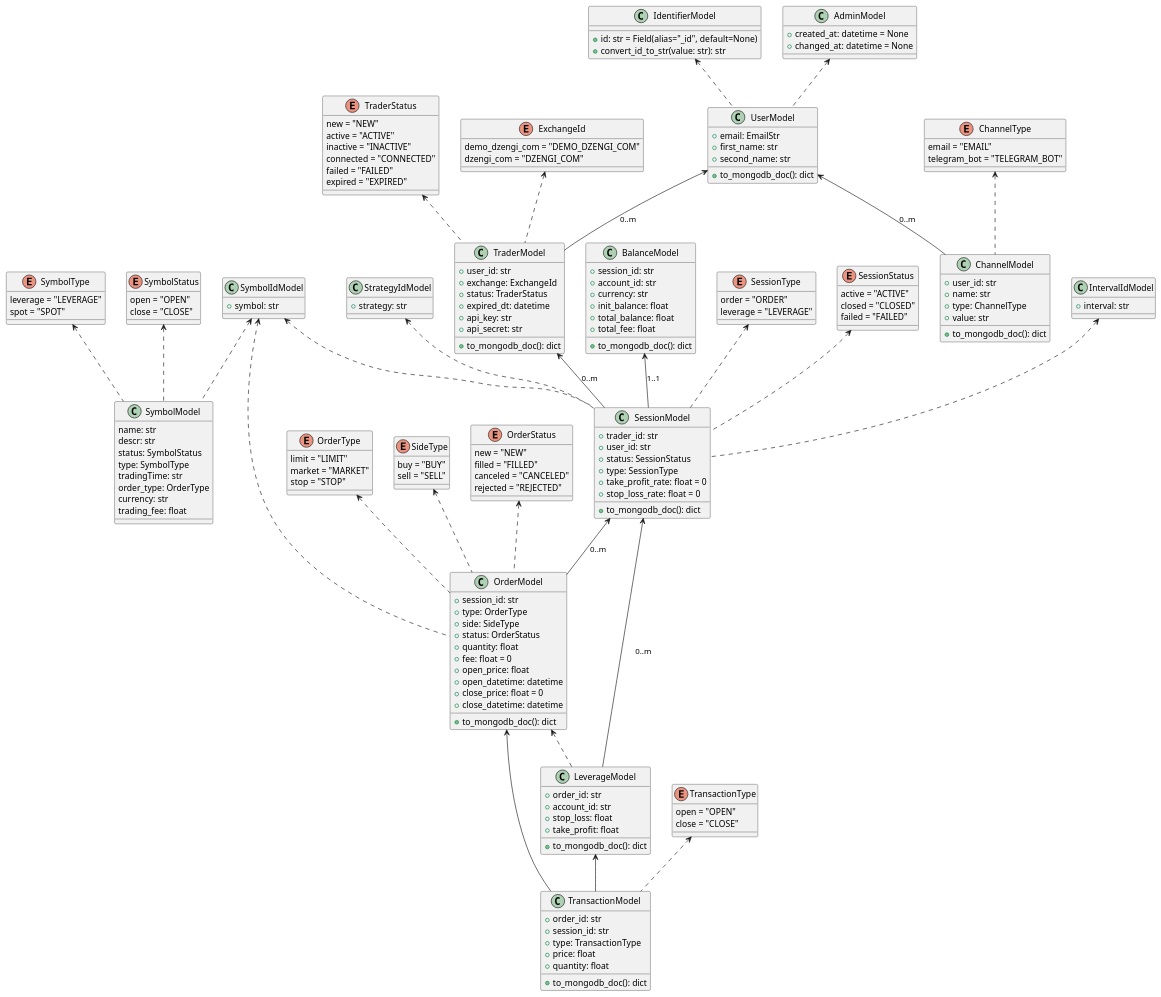
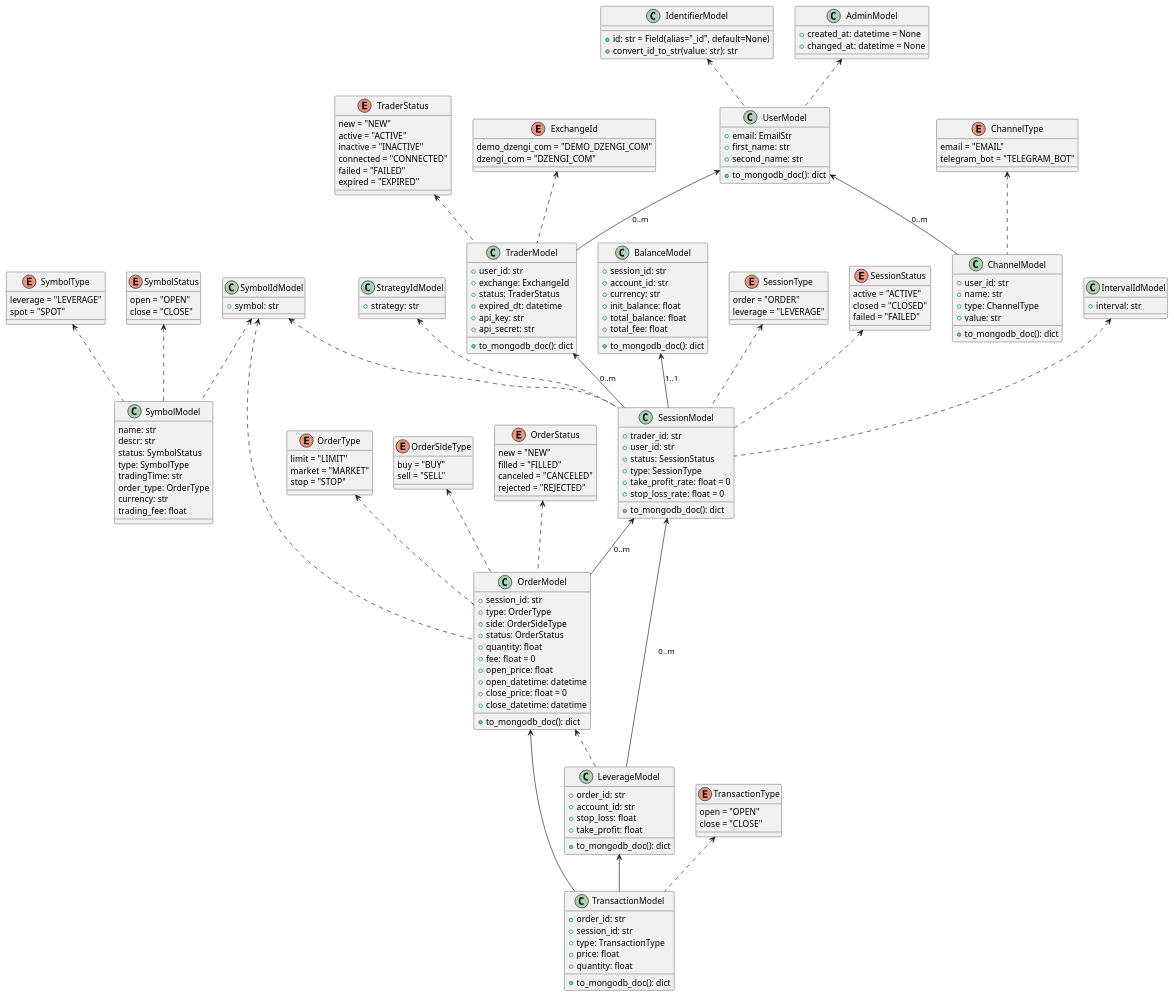
Before and after one commit to aliaksei-dunets-public/trading-tool-api: the diagram in design/uml_model_v2.plantuml, drawn with PlantUML. The commit also changed 9 other files, not shown here.

```diff
--- a/design/uml_model_v2.plantuml
+++ b/design/uml_model_v2.plantuml
@@ -21,7 +21,7 @@
   stop = "STOP"
 }
 
-enum SideType {
+enum OrderSideType {
   buy = "BUY"
   sell = "SELL"
 }
@@ -167,7 +167,7 @@
 class OrderModel {
   + session_id: str
   + type: OrderType
-  + side: SideType
+  + side: OrderSideType
   + status: OrderStatus
   + quantity: float
   + fee: float = 0
@@ -179,7 +179,7 @@
 }
 
 OrderType <.. OrderModel
-SideType <.. OrderModel
+OrderSideType <.. OrderModel
 OrderStatus <.. OrderModel
 SymbolIdModel <.. OrderModel
 SessionModel <-- OrderModel: 0..m
```
